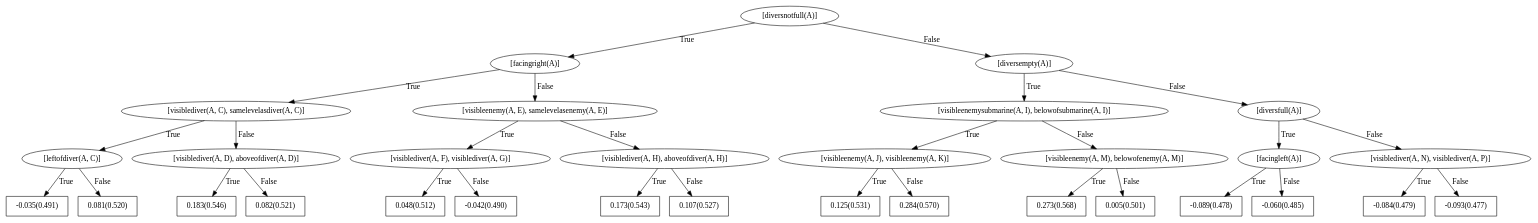
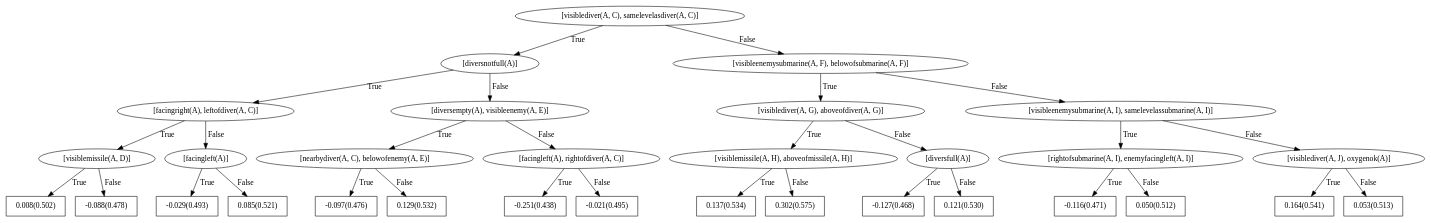
One commit to nikhileshp/NeSY-Imitation-Learning changed the diagram in rdn_models/seaquest/all/negpos_2_trees_10_depth_3_grounding_penalty_0.01_new/down/seed_42/bRDNs/dotFiles/WILLTreeFor_action4.dot. Above: the diagram before and after it, drawn with Graphviz. The commit also changed 280 other files, not shown here.

```diff
--- a/rdn_models/seaquest/all/negpos_2_trees_10_depth_3_grounding_penalty_0.01_new/down/seed_42/bRDNs/dotFiles/WILLTreeFor_action4.dot
+++ b/rdn_models/seaquest/all/negpos_2_trees_10_depth_3_grounding_penalty_0.01_new/down/seed_42/bRDNs/dotFiles/WILLTreeFor_action4.dot
@@ -1,63 +1,63 @@
 digraph G{ 
-1[label = "[diversnotfull(A)]"];
+1[label = "[visiblediver(A, C), samelevelasdiver(A, C)]"];
 1 -> 2[label="True"];
 1 -> 3[label="False"];
-2[label = "[facingright(A)]"];
+2[label = "[diversnotfull(A)]"];
 2 -> 4[label="True"];
 2 -> 5[label="False"];
-4[label = "[visiblediver(A, C), samelevelasdiver(A, C)]"];
+4[label = "[facingright(A), leftofdiver(A, C)]"];
 4 -> 6[label="True"];
 4 -> 7[label="False"];
-6[label = "[leftofdiver(A, C)]"];
+6[label = "[visiblemissile(A, D)]"];
 6 -> 8[label="True"];
 6 -> 9[label="False"];
-8[shape = box,label = "-0.035(0.491)"];
-9[shape = box,label = "0.081(0.520)"];
-7[label = "[visiblediver(A, D), aboveofdiver(A, D)]"];
+8[shape = box,label = "0.008(0.502)"];
+9[shape = box,label = "-0.088(0.478)"];
+7[label = "[facingleft(A)]"];
 7 -> 10[label="True"];
 7 -> 11[label="False"];
-10[shape = box,label = "0.183(0.546)"];
-11[shape = box,label = "0.082(0.521)"];
-5[label = "[visibleenemy(A, E), samelevelasenemy(A, E)]"];
+10[shape = box,label = "-0.029(0.493)"];
+11[shape = box,label = "0.085(0.521)"];
+5[label = "[diversempty(A), visibleenemy(A, E)]"];
 5 -> 12[label="True"];
 5 -> 13[label="False"];
-12[label = "[visiblediver(A, F), visiblediver(A, G)]"];
+12[label = "[nearbydiver(A, C), belowofenemy(A, E)]"];
 12 -> 14[label="True"];
 12 -> 15[label="False"];
-14[shape = box,label = "0.048(0.512)"];
-15[shape = box,label = "-0.042(0.490)"];
-13[label = "[visiblediver(A, H), aboveofdiver(A, H)]"];
+14[shape = box,label = "-0.097(0.476)"];
+15[shape = box,label = "0.129(0.532)"];
+13[label = "[facingleft(A), rightofdiver(A, C)]"];
 13 -> 16[label="True"];
 13 -> 17[label="False"];
-16[shape = box,label = "0.173(0.543)"];
-17[shape = box,label = "0.107(0.527)"];
-3[label = "[diversempty(A)]"];
+16[shape = box,label = "-0.251(0.438)"];
+17[shape = box,label = "-0.021(0.495)"];
+3[label = "[visibleenemysubmarine(A, F), belowofsubmarine(A, F)]"];
 3 -> 18[label="True"];
 3 -> 19[label="False"];
-18[label = "[visibleenemysubmarine(A, I), belowofsubmarine(A, I)]"];
+18[label = "[visiblediver(A, G), aboveofdiver(A, G)]"];
 18 -> 20[label="True"];
 18 -> 21[label="False"];
-20[label = "[visibleenemy(A, J), visibleenemy(A, K)]"];
+20[label = "[visiblemissile(A, H), aboveofmissile(A, H)]"];
 20 -> 22[label="True"];
 20 -> 23[label="False"];
-22[shape = box,label = "0.125(0.531)"];
-23[shape = box,label = "0.284(0.570)"];
-21[label = "[visibleenemy(A, M), belowofenemy(A, M)]"];
+22[shape = box,label = "0.137(0.534)"];
+23[shape = box,label = "0.302(0.575)"];
+21[label = "[diversfull(A)]"];
 21 -> 24[label="True"];
 21 -> 25[label="False"];
-24[shape = box,label = "0.273(0.568)"];
-25[shape = box,label = "0.005(0.501)"];
-19[label = "[diversfull(A)]"];
+24[shape = box,label = "-0.127(0.468)"];
+25[shape = box,label = "0.121(0.530)"];
+19[label = "[visibleenemysubmarine(A, I), samelevelassubmarine(A, I)]"];
 19 -> 26[label="True"];
 19 -> 27[label="False"];
-26[label = "[facingleft(A)]"];
+26[label = "[rightofsubmarine(A, I), enemyfacingleft(A, I)]"];
 26 -> 28[label="True"];
 26 -> 29[label="False"];
-28[shape = box,label = "-0.089(0.478)"];
-29[shape = box,label = "-0.060(0.485)"];
-27[label = "[visiblediver(A, N), visiblediver(A, P)]"];
+28[shape = box,label = "-0.116(0.471)"];
+29[shape = box,label = "0.050(0.512)"];
+27[label = "[visiblediver(A, J), oxygenok(A)]"];
 27 -> 30[label="True"];
 27 -> 31[label="False"];
-30[shape = box,label = "-0.084(0.479)"];
-31[shape = box,label = "-0.093(0.477)"];
+30[shape = box,label = "0.164(0.541)"];
+31[shape = box,label = "0.053(0.513)"];
 }
```
